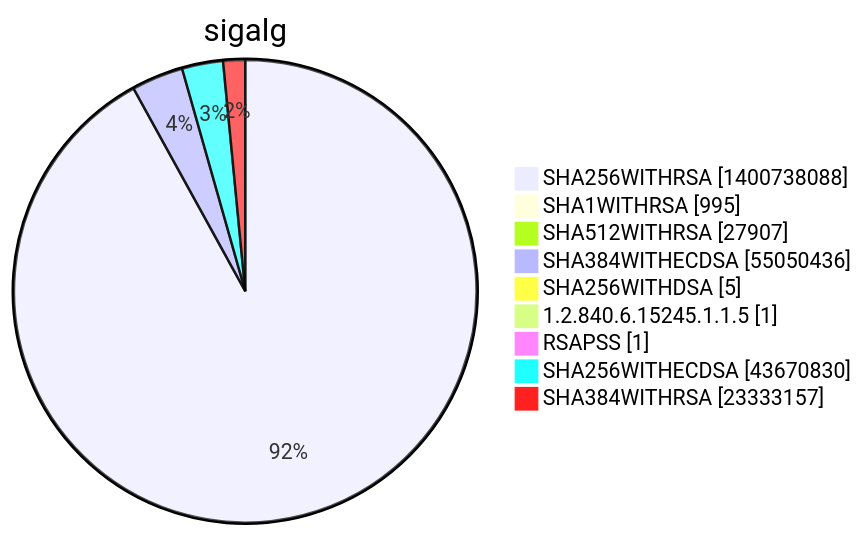
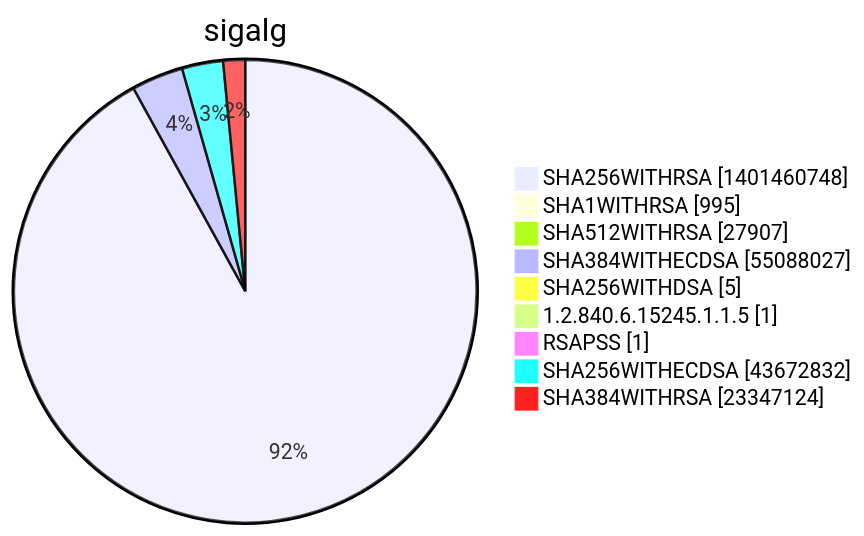
Before and after one commit to christiankrug/ctmonitor_visualization: diagram 15 of 15 in xenon2022/README.md, drawn with Mermaid. The commit also changed other lines of this file, not shown here.

````diff
--- a/xenon2022/README.md
+++ b/xenon2022/README.md
@@ -5855,13 +5855,13 @@
 ```mermaid
 pie showData
 title sigalg
-"SHA256WITHRSA" :1400738088
+"SHA256WITHRSA" :1401460748
 "SHA1WITHRSA" :995
 "SHA512WITHRSA" :27907
-"SHA384WITHECDSA" :55050436
+"SHA384WITHECDSA" :55088027
 "SHA256WITHDSA" :5
 "1.2.840.6.15245.1.1.5" :1
 "RSAPSS" :1
-"SHA256WITHECDSA" :43670830
-"SHA384WITHRSA" :23333157
+"SHA256WITHECDSA" :43672832
+"SHA384WITHRSA" :23347124
 ```
````
